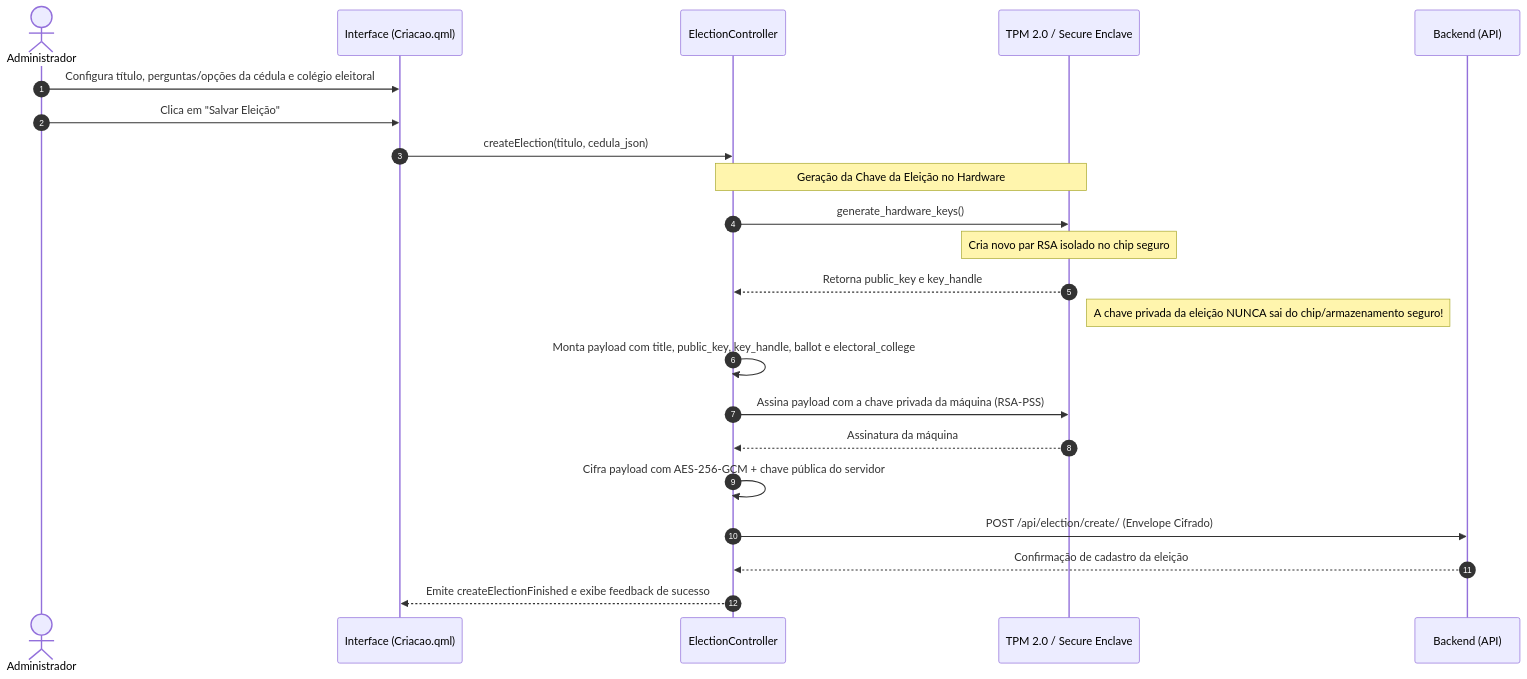
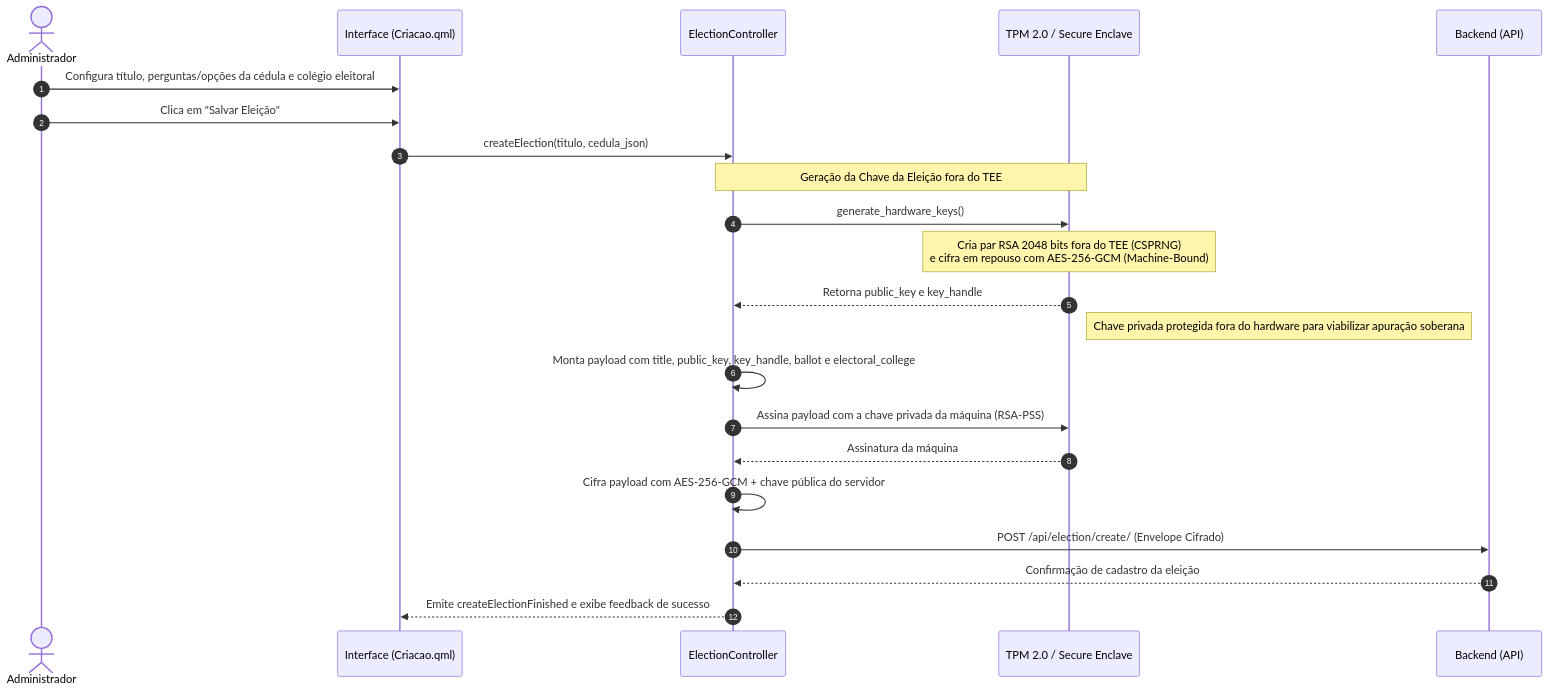
One commit to laribrito/votaai-desktop changed the fifth of 9 diagrams in README.md. Above: the diagram before and after it, drawn with Mermaid. The commit also changed other lines of this file and 7 other files, not shown here.

First line of the commit message:
feat(crypto): manage election private key outside TEE for sovereign tallying

````diff
--- a/README.md
+++ b/README.md
@@ -210,27 +221,27 @@
 ```mermaid
 sequenceDiagram
     autonumber
     actor Admin as Administrador
     participant UI as Interface (Criacao.qml)
     participant ElectionCtrl as ElectionController
     participant TPM as TPM 2.0 / Secure Enclave
     participant API as Backend (API)
 
     Admin->>UI: Configura título, perguntas/opções da cédula e colégio eleitoral
     Admin->>UI: Clica em "Salvar Eleição"
     UI->>ElectionCtrl: createElection(titulo, cedula_json)
     
-    Note over ElectionCtrl,TPM: Geração da Chave da Eleição no Hardware
+    Note over ElectionCtrl,TPM: Geração da Chave da Eleição fora do TEE
     ElectionCtrl->>TPM: generate_hardware_keys()
-    Note over TPM: Cria novo par RSA isolado no chip seguro
+    Note over TPM: Cria par RSA 2048 bits fora do TEE (CSPRNG)<br/>e cifra em repouso com AES-256-GCM (Machine-Bound)
     TPM-->>ElectionCtrl: Retorna public_key e key_handle
-    Note right of TPM: A chave privada da eleição NUNCA sai do chip/armazenamento seguro!
+    Note right of TPM: Chave privada protegida fora do hardware para viabilizar apuração soberana
 
     ElectionCtrl->>ElectionCtrl: Monta payload com title, public_key, key_handle, ballot e electoral_college
     ElectionCtrl->>TPM: Assina payload com a chave privada da máquina (RSA-PSS)
     TPM-->>ElectionCtrl: Assinatura da máquina
     ElectionCtrl->>ElectionCtrl: Cifra payload com AES-256-GCM + chave pública do servidor
     ElectionCtrl->>API: POST /api/election/create/ (Envelope Cifrado)
     API-->>ElectionCtrl: Confirmação de cadastro da eleição
     ElectionCtrl-->>UI: Emite createElectionFinished e exibe feedback de sucesso
 ```
````
